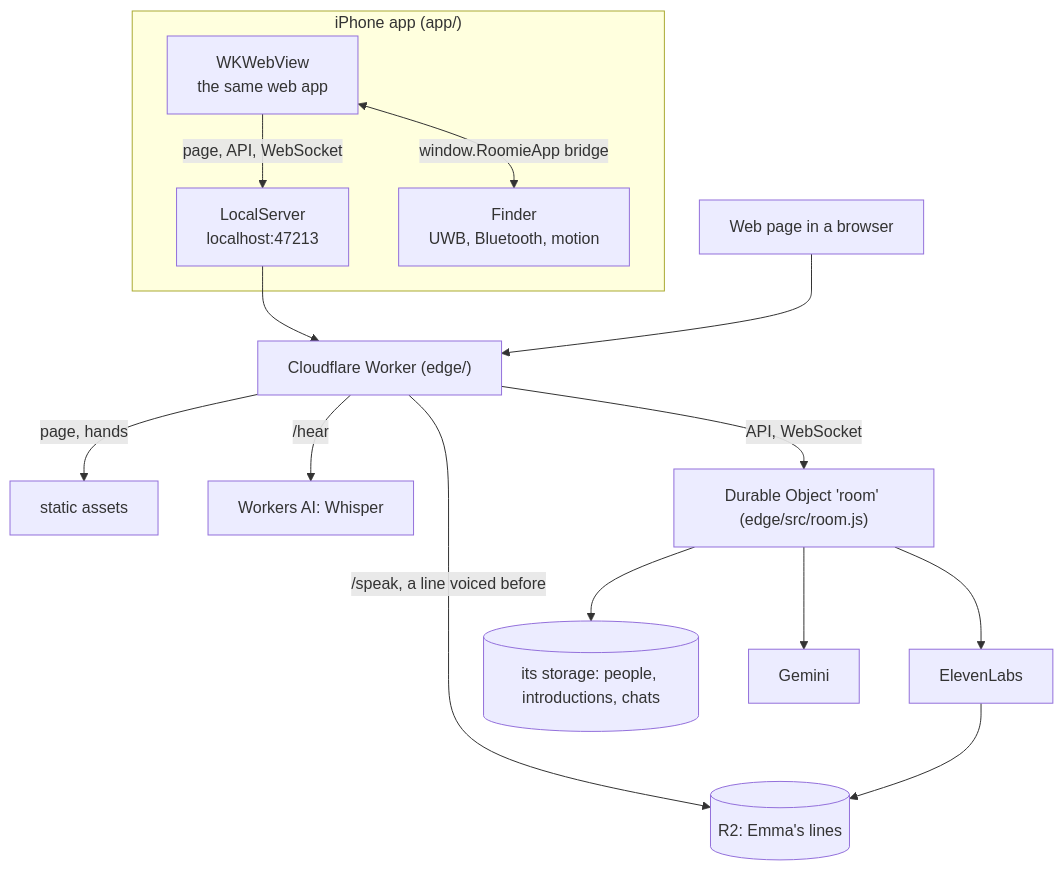
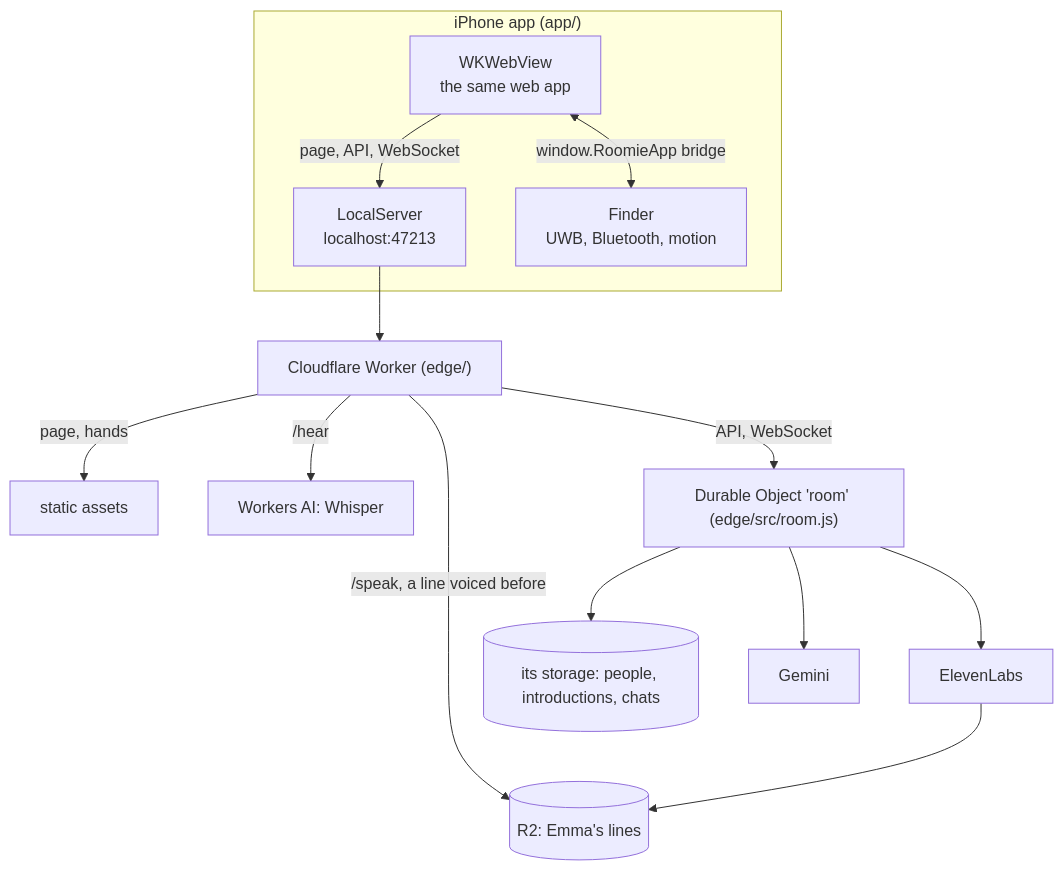
The diagram in docs/architecture.md (xgre1/pairshake), drawn with Mermaid before and after one commit. The commit also changed other lines of this file and 39 other files, not shown here.

First line of the commit message:
PairShake is the iPhone app: its page moves to app/web, the web version leaves the repo

````diff
--- a/docs/architecture.md
+++ b/docs/architecture.md
@@ -5,20 +5,19 @@
 ```mermaid
 flowchart TB
   subgraph Phone["iPhone app (app/)"]
     WV["WKWebView<br/>the same web app"]
     LS["LocalServer<br/>localhost:47213"]
     F["Finder<br/>UWB, Bluetooth, motion"]
     WV -- "page, API, WebSocket" --> LS
     WV <-- "window.RoomieApp bridge" --> F
   end
-  Browser["Web page in a browser"] --> W
   LS --> W["Cloudflare Worker (edge/)"]
   W -- "page, hands" --> EA["static assets"]
   W -- "/hear" --> AI["Workers AI: Whisper"]
   W -- "/speak, a line voiced before" --> R2[("R2: Emma's lines")]
   W -- "API, WebSocket" --> S["Durable Object 'room' (edge/src/room.js)"]
   S --> ST[("its storage: people, introductions, chats")]
   S --> LLM["Gemini"]
   S --> TTS["ElevenLabs"]
   TTS --> R2
 ```
````
